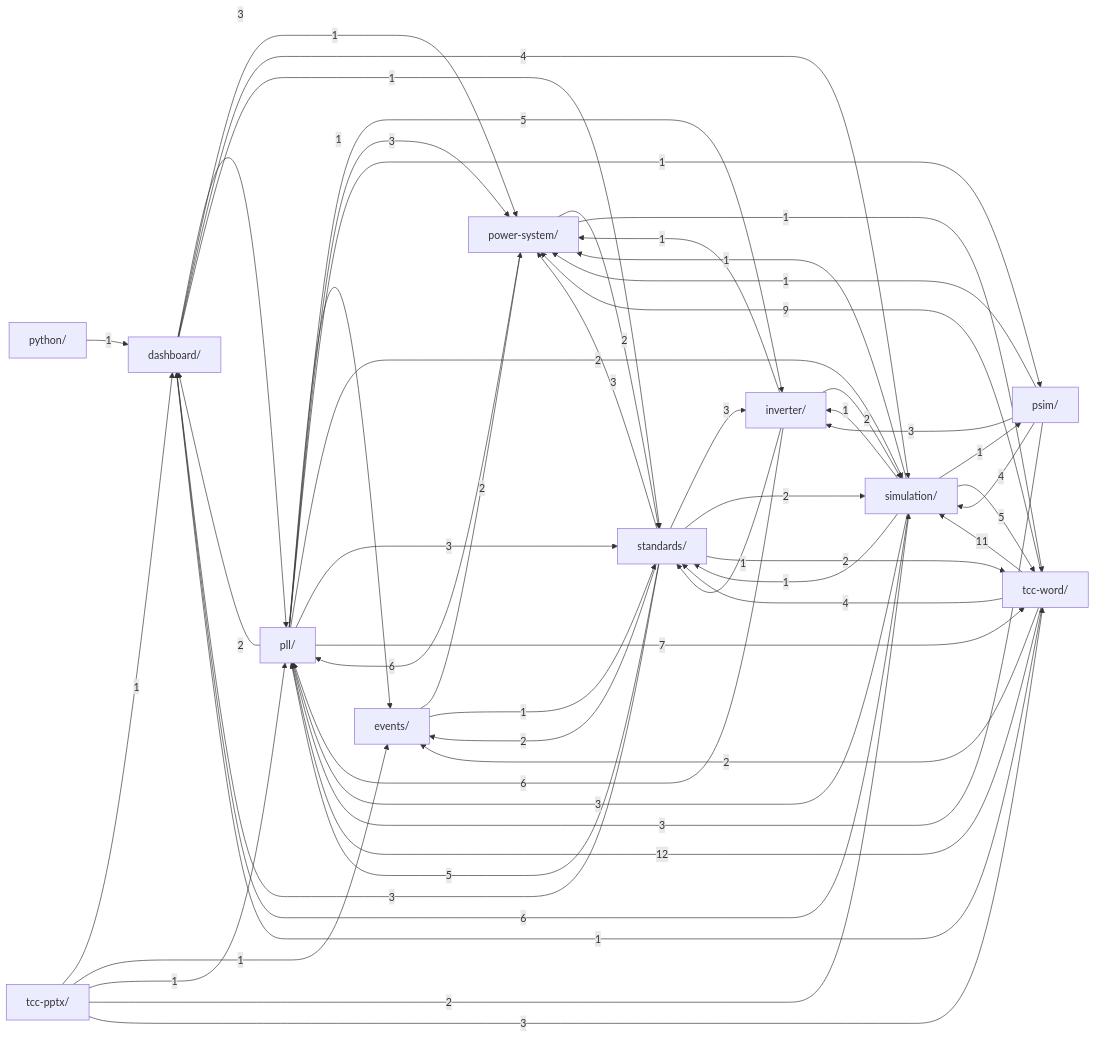
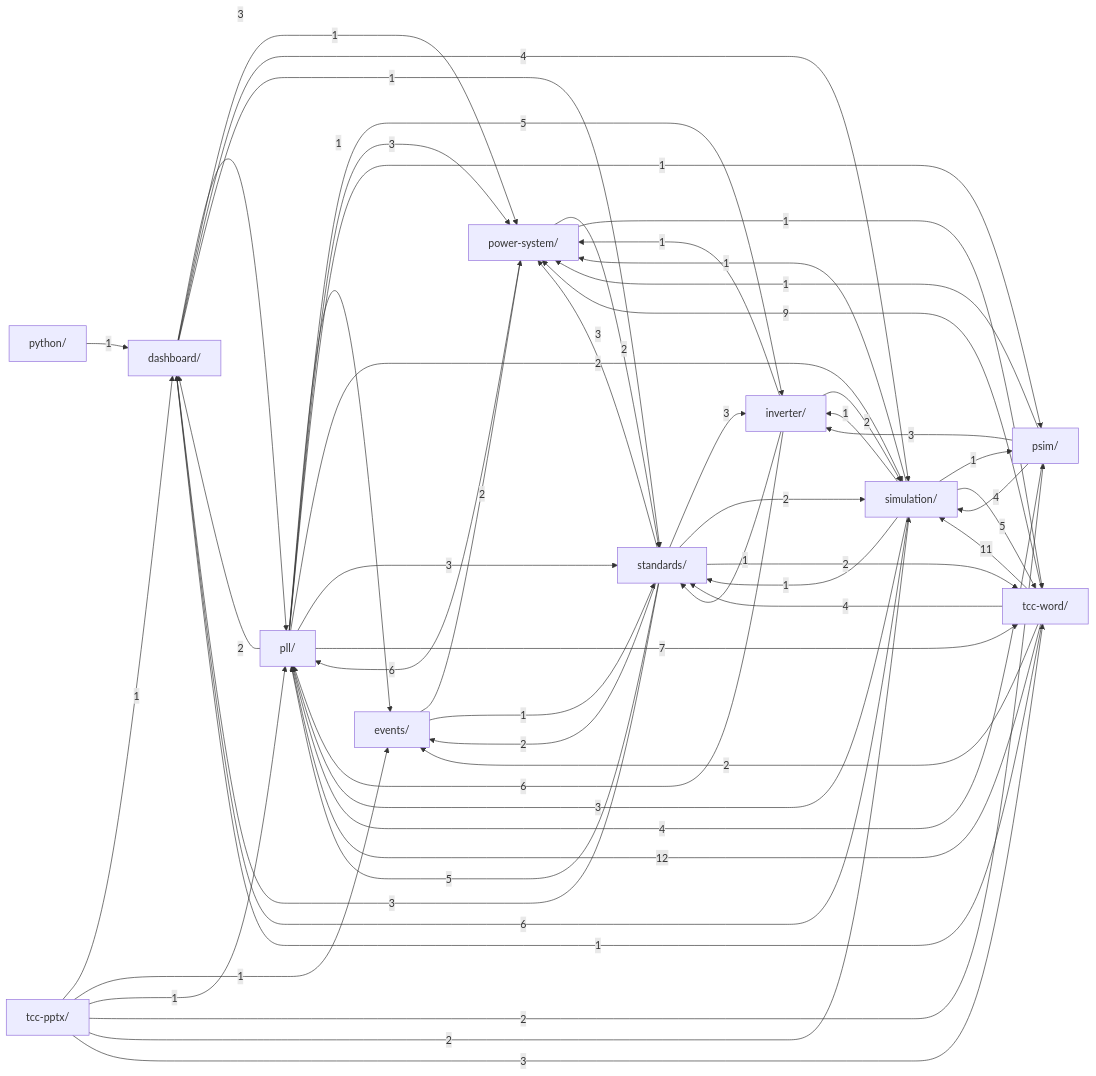
One commit to GGHB0/pll_stability_9bus changed the diagram in .claude/kb/grafo.md. Above: the diagram before and after it, drawn with Mermaid. The commit also changed 14 other files, not shown here.

First line of the commit message:
Restructure the deck's modeling block around the PSIM build sequence

````diff
--- a/.claude/kb/grafo.md
+++ b/.claude/kb/grafo.md
@@ -12,65 +12,66 @@
 ```mermaid
 graph LR
     dashboard["dashboard/"]
     events["events/"]
     inverter["inverter/"]
     pll["pll/"]
     power_system["power-system/"]
     psim["psim/"]
     python["python/"]
     simulation["simulation/"]
     standards["standards/"]
     tcc_pptx["tcc-pptx/"]
     tcc_word["tcc-word/"]
     dashboard -->|3| pll
     dashboard -->|1| power_system
     dashboard -->|4| simulation
     dashboard -->|1| standards
     events -->|2| power_system
     events -->|1| standards
     inverter -->|6| pll
     inverter -->|1| power_system
     inverter -->|2| simulation
     inverter -->|1| standards
     pll -->|2| dashboard
     pll -->|1| events
     pll -->|5| inverter
     pll -->|3| power_system
     pll -->|1| psim
     pll -->|2| simulation
     pll -->|3| standards
     pll -->|7| tcc_word
     power_system -->|6| pll
     power_system -->|2| standards
     power_system -->|1| tcc_word
     psim -->|3| inverter
-    psim -->|3| pll
+    psim -->|4| pll
     psim -->|1| power_system
     psim -->|4| simulation
     python -->|1| dashboard
     simulation -->|6| dashboard
     simulation -->|1| inverter
     simulation -->|3| pll
     simulation -->|1| power_system
     simulation -->|1| psim
     simulation -->|1| standards
     simulation -->|5| tcc_word
     standards -->|3| dashboard
     standards -->|2| events
     standards -->|3| inverter
     standards -->|5| pll
     standards -->|3| power_system
     standards -->|2| simulation
     standards -->|2| tcc_word
     tcc_pptx -->|1| dashboard
     tcc_pptx -->|1| events
     tcc_pptx -->|1| pll
+    tcc_pptx -->|2| psim
     tcc_pptx -->|2| simulation
     tcc_pptx -->|3| tcc_word
     tcc_word -->|1| dashboard
     tcc_word -->|2| events
     tcc_word -->|12| pll
     tcc_word -->|9| power_system
     tcc_word -->|11| simulation
     tcc_word -->|4| standards
 ```
````
